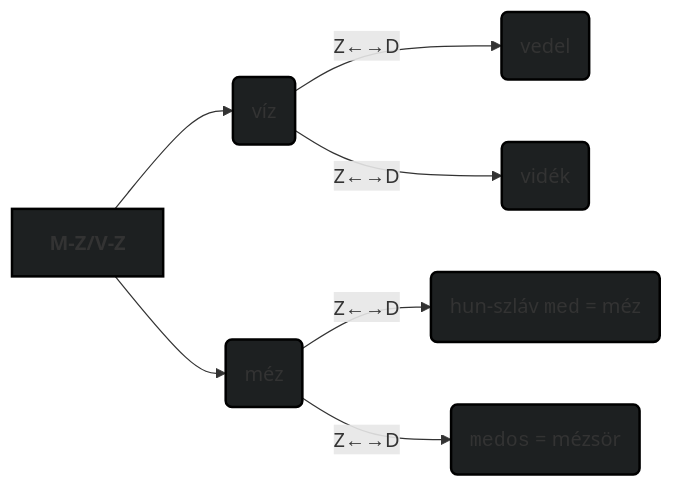
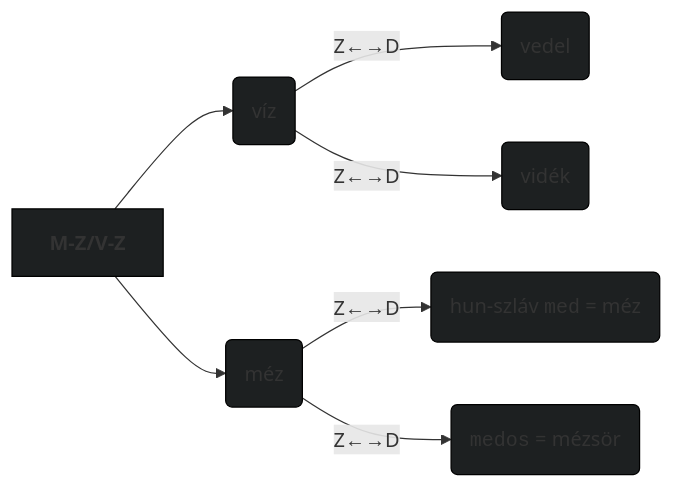
The eighth of 8 diagrams in src/site/notes/B/Balk.md (zanodor/TUDDASSTTARR), drawn with Mermaid before and after one commit. The commit also changed other lines of this file and 1 other file, not shown here.

````diff
--- a/src/site/notes/B/Balk.md
+++ b/src/site/notes/B/Balk.md
@@ -172,19 +173,19 @@
 ```mermaid
 flowchart LR
 
 	head[<b>M-Z/V-Z</b>]
 	lvl2_a("víz")
 	lvl2_b("méz")
 	lvl3_a("vedel")
 	lvl3_b("vidék")
 	lvl3_c("hun-szláv <code>med</code> = méz")
 	lvl3_d("<code>medos</code> = mézsör")
 
 	head --> lvl2_a & lvl2_b
 	lvl2_a -- "Z←→D" -->  lvl3_a & lvl3_b
 	lvl2_b -- "Z←→D" -->  lvl3_c & lvl3_d
 
-	classDef fillStyle fill:#1d2021,stroke:#000000,stroke-width:2px,stroke-dasharray: 0;
+	classDef fillStyle fill:#1d2021,stroke:#000000,stroke-width:1px,stroke-dasharray: 0;
 	class head,lvl2_a,lvl2_b,lvl3_a,lvl3_b,lvl3_c,lvl3_d fillStyle;
 	class lvl2_a,lvl2_b,lvl3_a,lvl3_b internal-link;
 ```
````
